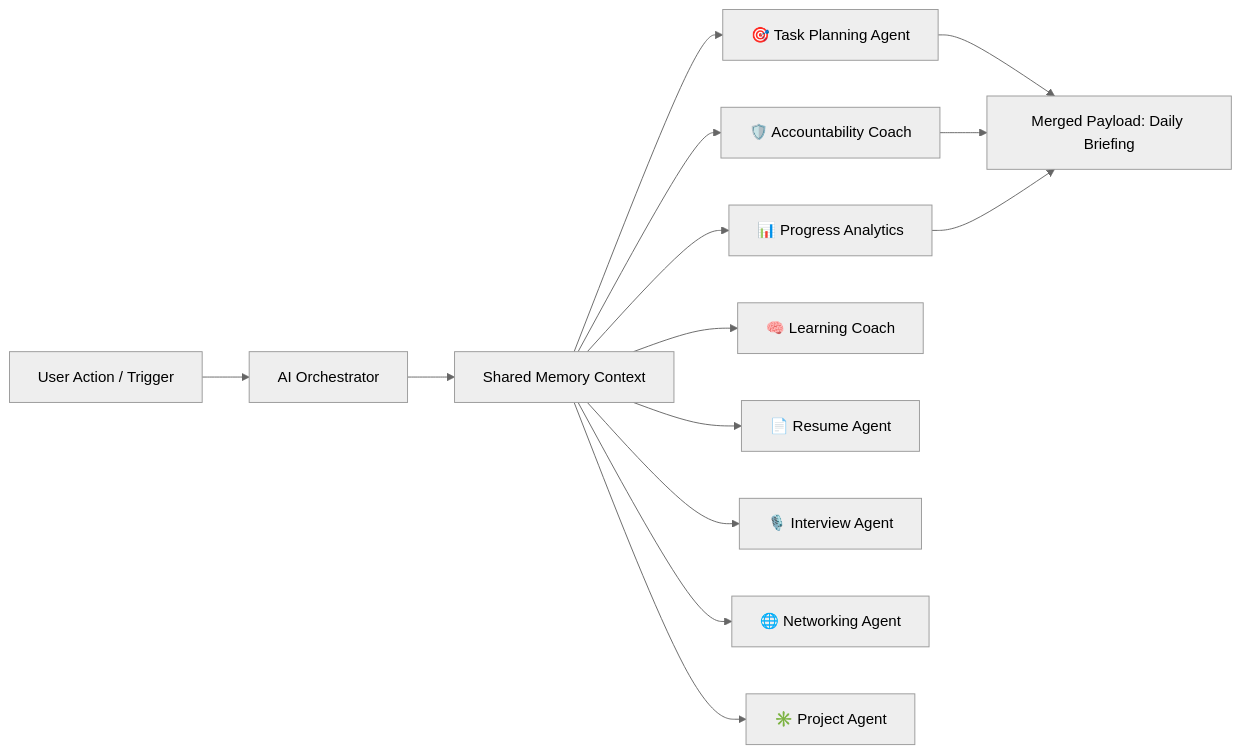
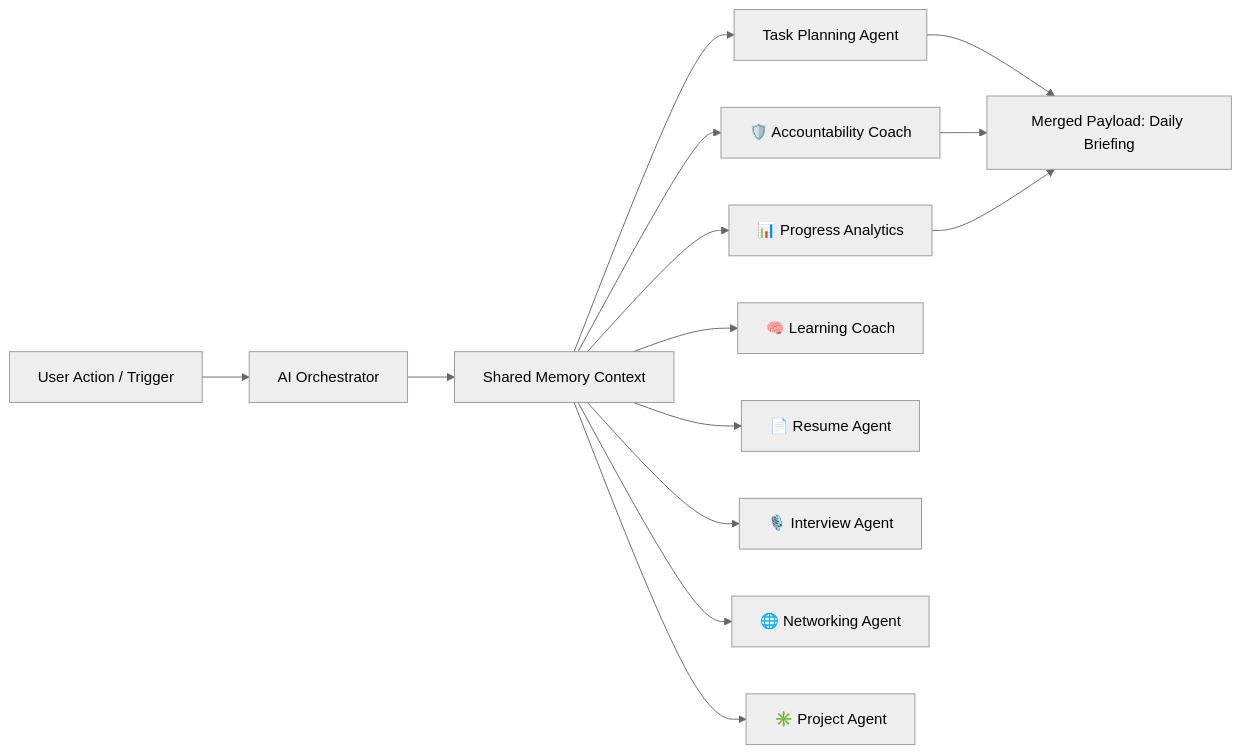
The second of 3 diagrams in README.md (SurinderTech/GrowthOS), drawn with Mermaid (neutral theme) before and after one commit.

Commit message:
Remove emoji from Task Planning Agent label

````diff
--- a/README.md
+++ b/README.md
@@ -222,17 +222,17 @@
 ```mermaid
 graph LR
     UserRequest[User Action / Trigger] --> Orchestrator[AI Orchestrator]
     
     Orchestrator --> Context[Shared Memory Context]
     
-    Context --> Agent1[🎯 Task Planning Agent]
+    Context --> Agent1[ Task Planning Agent]
     Context --> Agent2[🛡️ Accountability Coach]
     Context --> Agent3[📊 Progress Analytics]
     Context --> Agent4[🧠 Learning Coach]
     Context --> Agent5[📄 Resume Agent]
     Context --> Agent6[🎙️ Interview Agent]
     Context --> Agent7[🌐 Networking Agent]
     Context --> Agent8[✳️ Project Agent]
     
     Agent1 & Agent2 & Agent3 --> DailyBriefing[Merged Payload: Daily Briefing]
 ```
````
